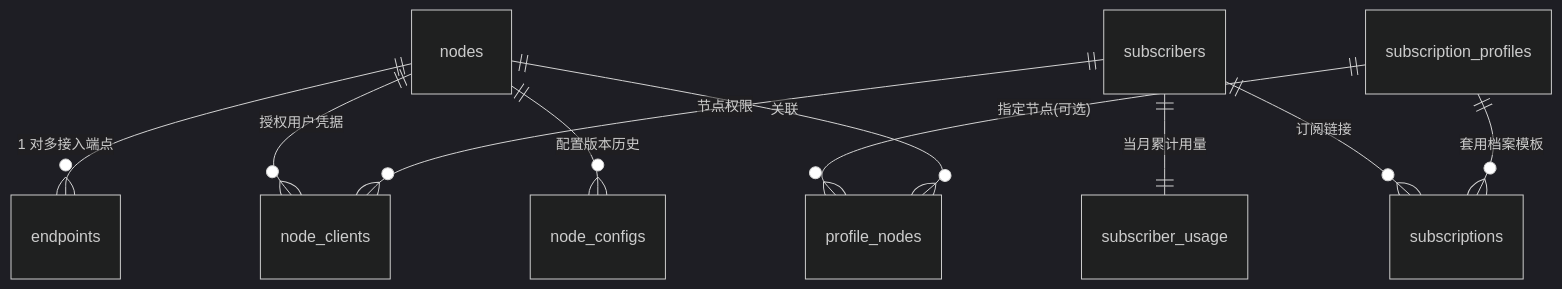
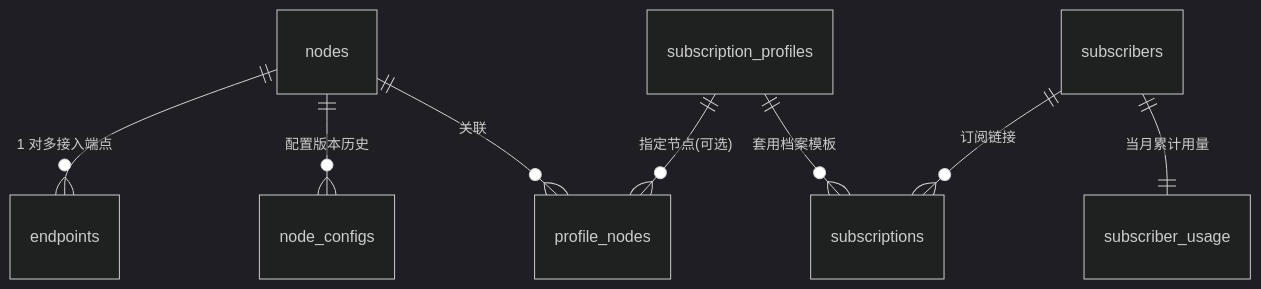
Before and after one commit to CrKcel/Zako-Panel: the diagram in docs/database.md, drawn with Mermaid (dark theme). The commit also changed other lines of this file and 42 other files, not shown here.

````diff
--- a/docs/database.md
+++ b/docs/database.md
@@ -18,12 +18,10 @@
 ```mermaid
 erDiagram
     nodes ||--o{ endpoints : "1 对多接入端点"
-    nodes ||--o{ node_clients : "授权用户凭据"
     nodes ||--o{ node_configs : "配置版本历史"
-    subscribers ||--o{ node_clients : "节点权限"
     subscribers ||--|| subscriber_usage : "当月累计用量"
     subscribers ||--o{ subscriptions : "订阅链接"
     subscription_profiles ||--o{ subscriptions : "套用档案模板"
     subscription_profiles ||--o{ profile_nodes : "指定节点(可选)"
     nodes ||--o{ profile_nodes : "关联"
 ```
````
